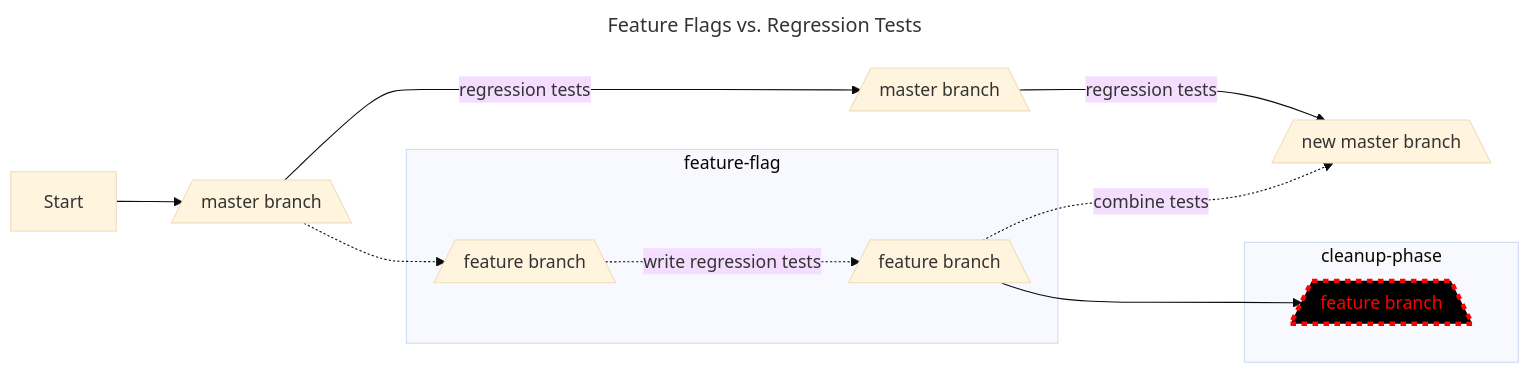
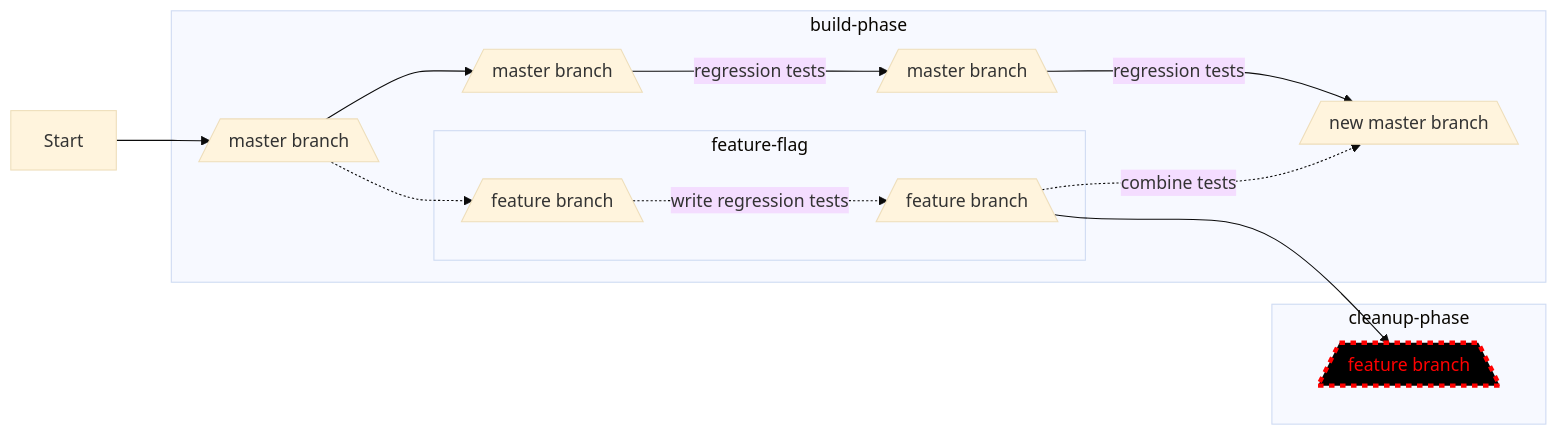
One commit to jessicahirsch/Mermaid-Diagrams changed the diagram in diagrams/diagram1.mmd. Above: the diagram before and after it, drawn with Mermaid (base theme).

Commit message:
chore: add clarifying pseudocode

```diff
--- a/diagrams/diagram1.mmd
+++ b/diagrams/diagram1.mmd
@@ -1,17 +1,29 @@
----
-title: Feature Flags vs. Regression Tests
----
 flowchart LR
 
-    Z[Start]-->A[/master branch\]--regression tests-->B[/master branch\]--regression tests-->E[/new master branch\]
+    Z[Start]-->A[/master branch\]
+
+    subgraph build-phase
+    A[/master branch\]-->H[/master branch\]
+
+    %% Begin top line build phase
+    H[/master branch\]--regression tests-->B[/master branch\]--regression tests-->E[/new master branch\]
+
+    %% Feature branch is forked from master
     A[/master branch\]-.->C[/feature branch\]
+
+    %% Feature developement begins behind flag
     subgraph feature-flag
     C[/feature branch\]-.write regression tests .->D[/feature branch\]
     D[/feature branch\]
     end feature-flag
+    end build-phase
+
+    %% Work is integrated
     D[/feature branch\]-.combine tests .->E[/new master branch\]
+
+    %% Post-experiment cleanup phase
     subgraph cleanup-phase
     D[/feature branch\]-->F[/feature branch\]
     end cleanup-phase
 
     style F fill:#000,stroke:#f00,stroke-width:4px,color:#f00,stroke-dasharray: 5 5
```
